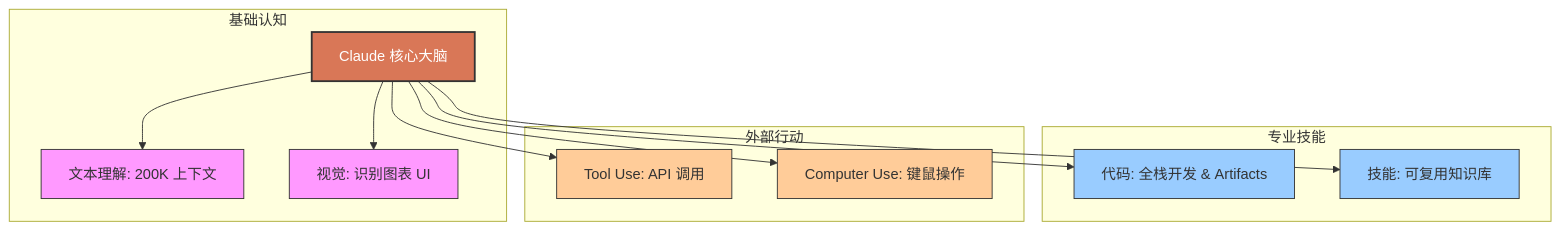
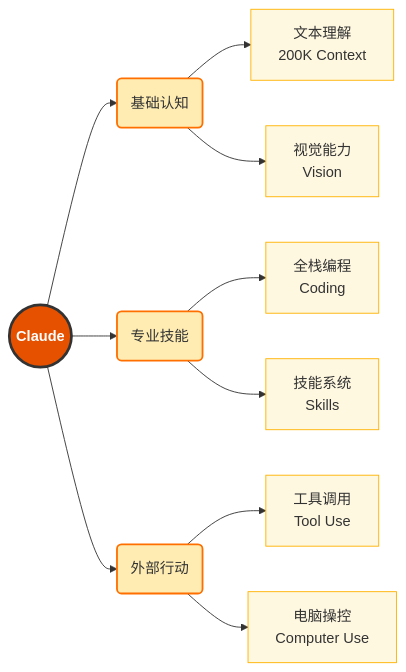
The diagram in 01_intro/1.3_capabilities.md (azaleta/claude_guide), drawn with Mermaid before and after one commit. The commit also changed 13 other files, not shown here.

````diff
--- a/01_intro/1.3_capabilities.md
+++ b/01_intro/1.3_capabilities.md
@@ -71,27 +71,25 @@
 ```mermaid
-graph TD
-  Core["Claude 核心大脑"]
+graph LR
+    %% Styles
+    classDef core fill:#E65100,stroke:#333,stroke-width:3px,color:white,font-weight:bold;
+    classDef branch fill:#FFECB3,stroke:#FF6F00,stroke-width:2px,color:#333;
+    classDef node fill:#FFF8E1,stroke:#FFB300,stroke-width:1px,color:#333;
 
-  subgraph "基础认知"
-    Core --> Text["文本理解: 200K 上下文"]
-    Core --> Vision["视觉: 识别图表 UI"]
-  end
-
-  subgraph "专业技能"
-    Core --> Code["代码: 全栈开发 & Artifacts"]
-    Core --> Skills["技能: 可复用知识库"]
-  end
-
-  subgraph "外部行动"
-    Core --> Tool["Tool Use: API 调用"]
-    Core --> Computer["Computer Use: 键鼠操作"]
-  end
-
-  style Core fill:#d97757,stroke:#333,stroke-width:2px,color:#fff
-  style Text fill:#f9f,stroke:#333
-  style Vision fill:#f9f,stroke:#333
-  style Code fill:#9cf,stroke:#333
-  style Skills fill:#9cf,stroke:#333
-  style Tool fill:#fc9,stroke:#333
-  style Computer fill:#fc9,stroke:#333
+    %% Nodes
+    Root(("Claude")):::core
+    
+    %% Branch 1
+    Root --> B1("基础认知"):::branch
+    B1 --> N1["文本理解<br>200K Context"]:::node
+    B1 --> N2["视觉能力<br>Vision"]:::node
+    
+    %% Branch 2
+    Root --> B2("专业技能"):::branch
+    B2 --> N3["全栈编程<br>Coding"]:::node
+    B2 --> N4["技能系统<br>Skills"]:::node
+    
+    %% Branch 3
+    Root --> B3("外部行动"):::branch
+    B3 --> N5["工具调用<br>Tool Use"]:::node
+    B3 --> N6["电脑操控<br>Computer Use"]:::node
 ```
````
